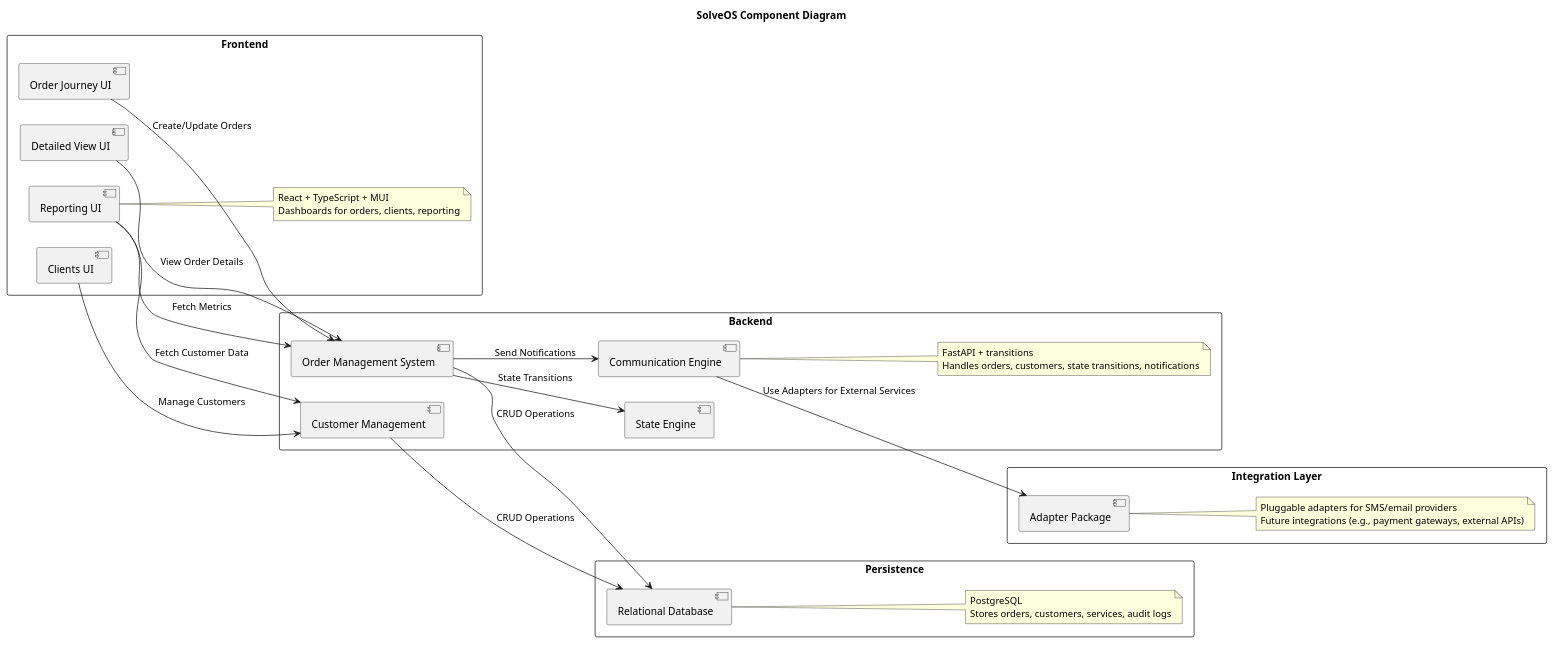
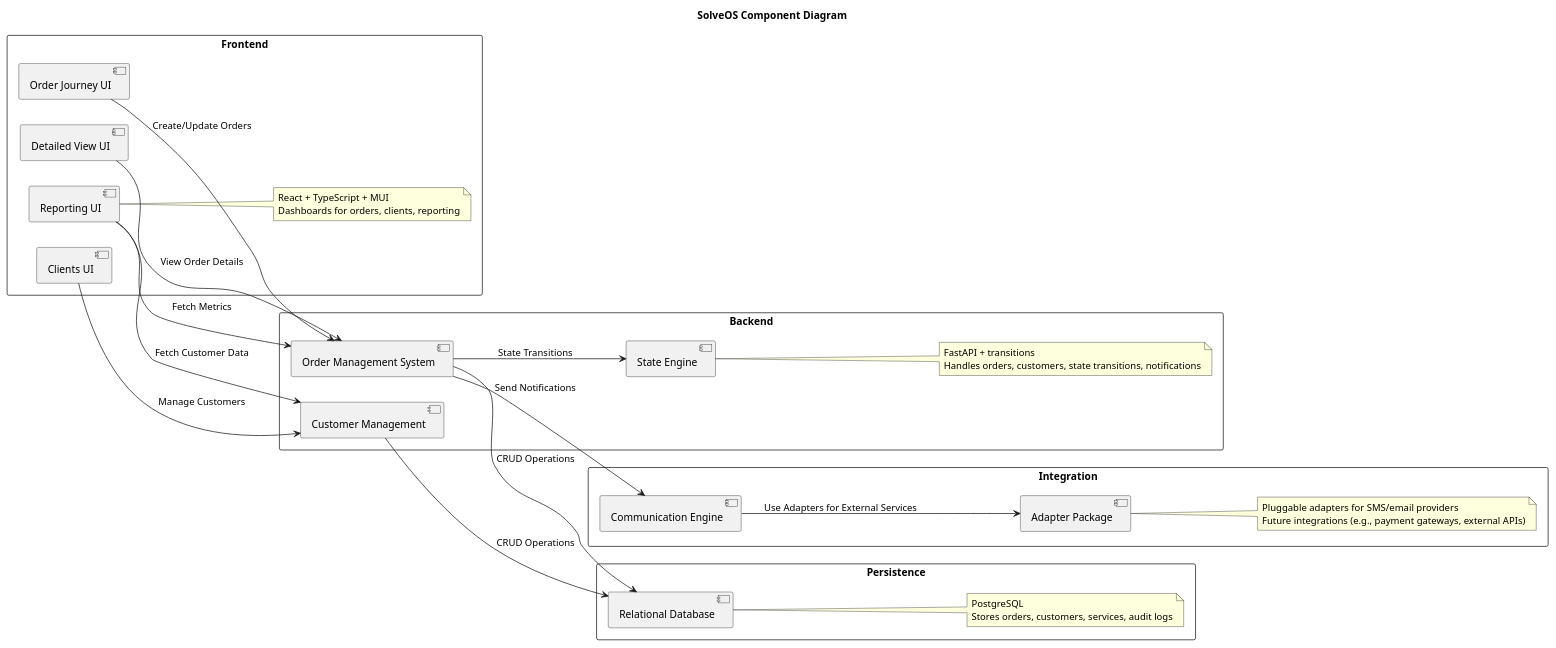
One commit to PSA-Department-of-Engineering/SolveOS changed the diagram in README.md. Above: the diagram before and after it, drawn with PlantUML. The commit also changed other lines of this file, not shown here.

````diff
--- a/README.md
+++ b/README.md
@@ -92,47 +85,47 @@
 ```plantuml
 @startuml Component Diagram
 left to right direction
 skinparam packageStyle rect
 
 title SolveOS Component Diagram
 
 package "Frontend" {
     [Order Journey UI] as OJUI
     [Detailed View UI] as DVUI
     [Clients UI] as CUI
     [Reporting UI] as RUI
     note right: React + TypeScript + MUI\nDashboards for orders, clients, reporting
 }
 
 package "Backend" {
     [Order Management System] as OMS
     [Customer Management] as CM
     [State Engine] as SE
-    [Communication Engine] as CE
     note right: FastAPI + transitions\nHandles orders, customers, state transitions, notifications
 }
 
-package "Integration Layer" {
+package "Integration" {
+    [Communication Engine] as CE
     [Adapter Package] as AP
     note right: Pluggable adapters for SMS/email providers\nFuture integrations (e.g., payment gateways, external APIs)
 }
 
 package "Persistence" {
     [Relational Database] as DB
     note right: PostgreSQL\nStores orders, customers, services, audit logs
 }
 
 OJUI --> OMS : Create/Update Orders
 DVUI --> OMS : View Order Details
 CUI --> CM : Manage Customers
 RUI --> OMS : Fetch Metrics
 RUI --> CM : Fetch Customer Data
 
 OMS --> SE : State Transitions
 OMS --> CE : Send Notifications
 CE --> AP : Use Adapters for External Services
 OMS --> DB : CRUD Operations
 CM --> DB : CRUD Operations
 
 @enduml
 ```
````
